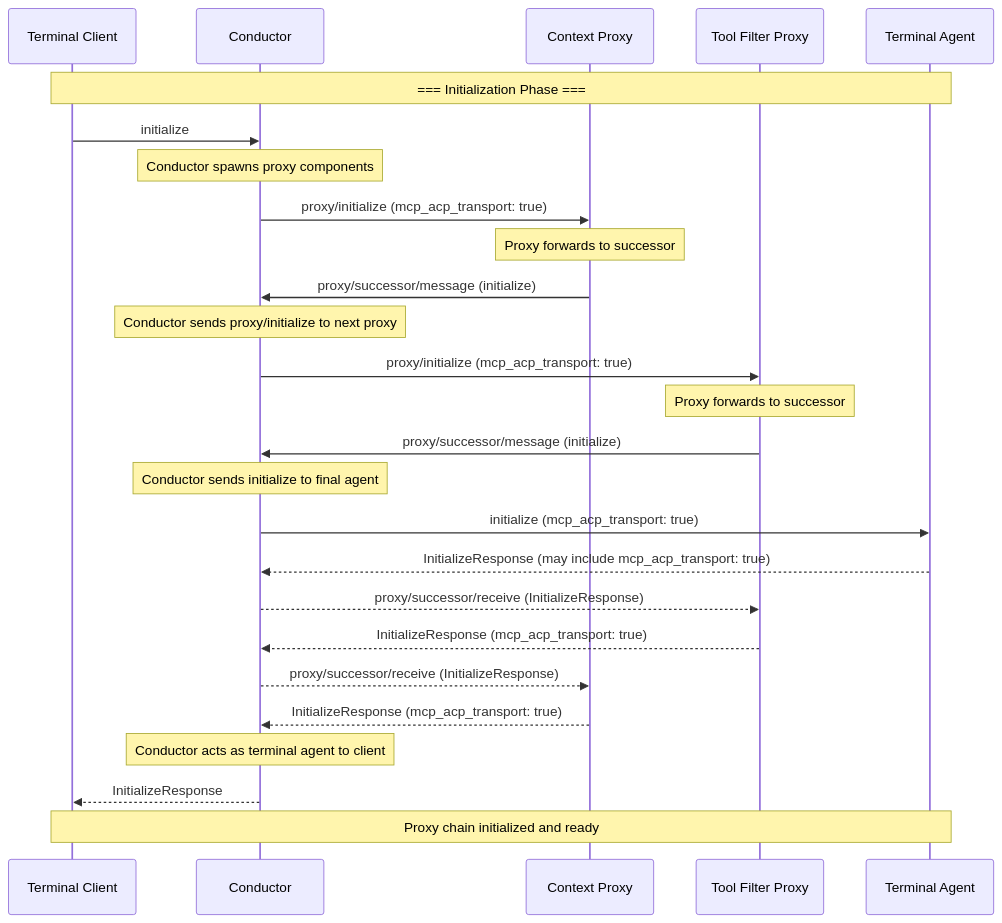
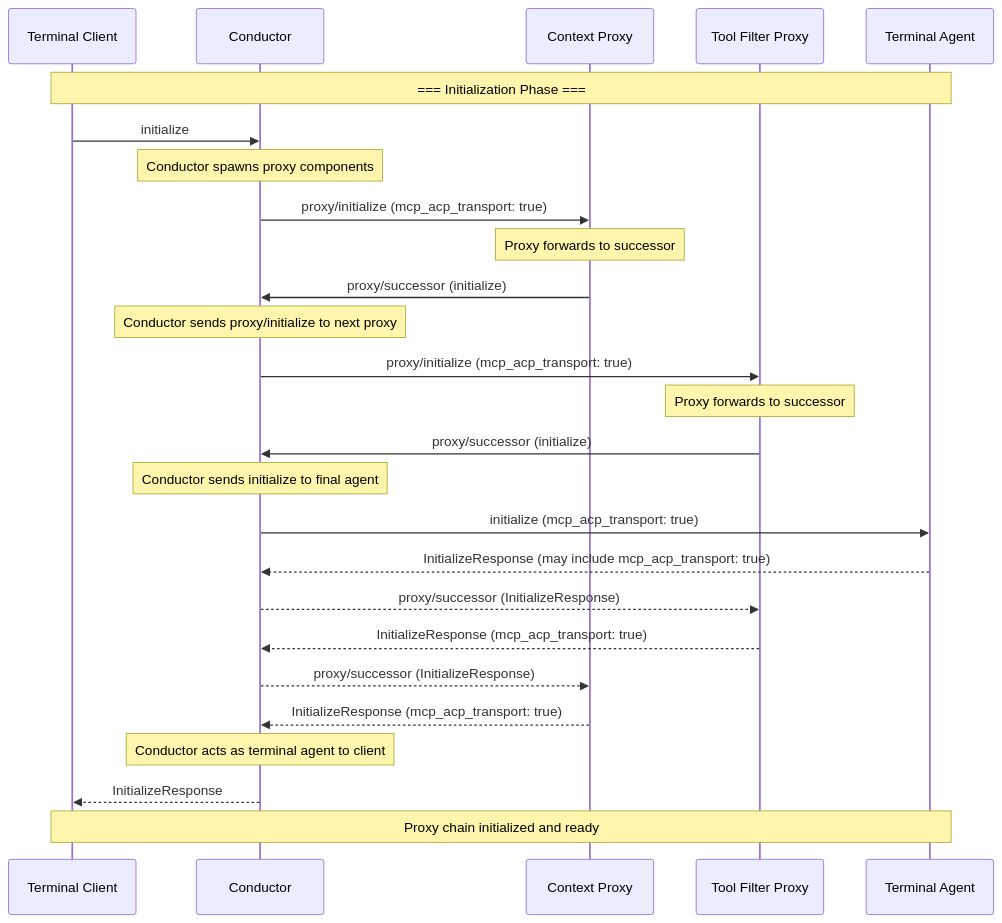
Before and after one commit to agentclientprotocol/agent-client-protocol: the eighth of 9 diagrams in docs/rfds/proxy-chains.mdx, drawn with Mermaid. The commit also changed other lines of this file, not shown here.

First line of the commit message:
Update proxy-chains RFD based on PR review feedback

````diff
--- a/docs/rfds/proxy-chains.mdx
+++ b/docs/rfds/proxy-chains.mdx
@@ -414,40 +434,40 @@
 ```mermaid
 sequenceDiagram
     participant TC as Terminal Client
     participant C as Conductor
     participant P1 as Context Proxy
     participant P2 as Tool Filter Proxy
     participant TA as Terminal Agent
 
     Note over TC,TA: === Initialization Phase ===
 
     TC->>C: initialize
 
     Note over C: Conductor spawns proxy components
     C->>P1: proxy/initialize (mcp_acp_transport: true)
 
     Note over P1: Proxy forwards to successor
-    P1->>C: proxy/successor/message (initialize)
+    P1->>C: proxy/successor (initialize)
 
     Note over C: Conductor sends proxy/initialize to next proxy
     C->>P2: proxy/initialize (mcp_acp_transport: true)
 
     Note over P2: Proxy forwards to successor
-    P2->>C: proxy/successor/message (initialize)
+    P2->>C: proxy/successor (initialize)
 
     Note over C: Conductor sends initialize to final agent
     C->>TA: initialize (mcp_acp_transport: true)
 
     TA-->>C: InitializeResponse (may include mcp_acp_transport: true)
-    C-->>P2: proxy/successor/receive (InitializeResponse)
+    C-->>P2: proxy/successor (InitializeResponse)
 
     P2-->>C: InitializeResponse (mcp_acp_transport: true)
-    C-->>P1: proxy/successor/receive (InitializeResponse)
+    C-->>P1: proxy/successor (InitializeResponse)
 
     P1-->>C: InitializeResponse (mcp_acp_transport: true)
 
     Note over C: Conductor acts as terminal agent to client
     C-->>TC: InitializeResponse
 
     Note over TC,TA: Proxy chain initialized and ready
 ```
````
